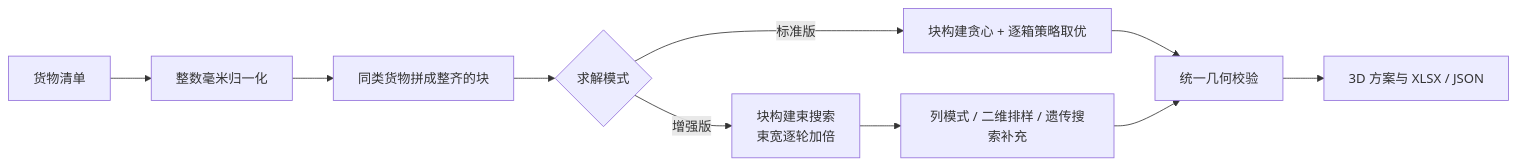
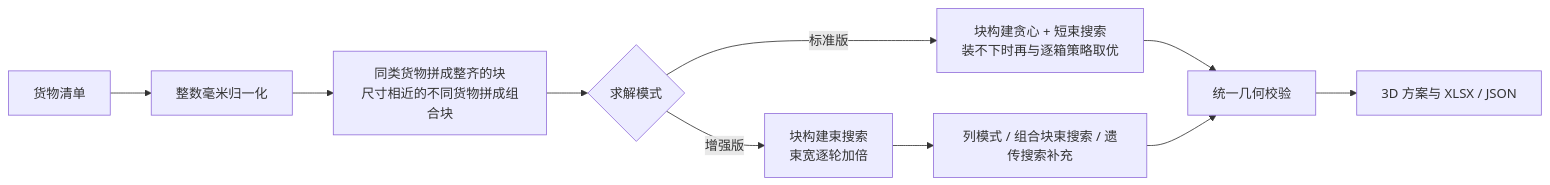
The first of 2 diagrams in README.md (hyt0019/loader), drawn with Mermaid before and after one commit. The commit also changed other lines of this file and 6 other files, not shown here.

````diff
--- a/README.md
+++ b/README.md
@@ -42,12 +42,12 @@
 ```mermaid
 flowchart LR
     A[货物清单] --> B[整数毫米归一化]
-    B --> K[同类货物拼成整齐的块]
+    B --> K[同类货物拼成整齐的块<br/>尺寸相近的不同货物拼成组合块]
     K --> C{求解模式}
-    C -->|标准版| D[块构建贪心 + 逐箱策略取优]
+    C -->|标准版| D[块构建贪心 + 短束搜索<br/>装不下时再与逐箱策略取优]
     C -->|增强版| E[块构建束搜索<br/>束宽逐轮加倍]
-    E --> F[列模式 / 二维排样 / 遗传搜索补充]
+    E --> F[列模式 / 组合块束搜索 / 遗传搜索补充]
     D --> H[统一几何校验]
     F --> H
     H --> I[3D 方案与 XLSX / JSON]
 ```
````
